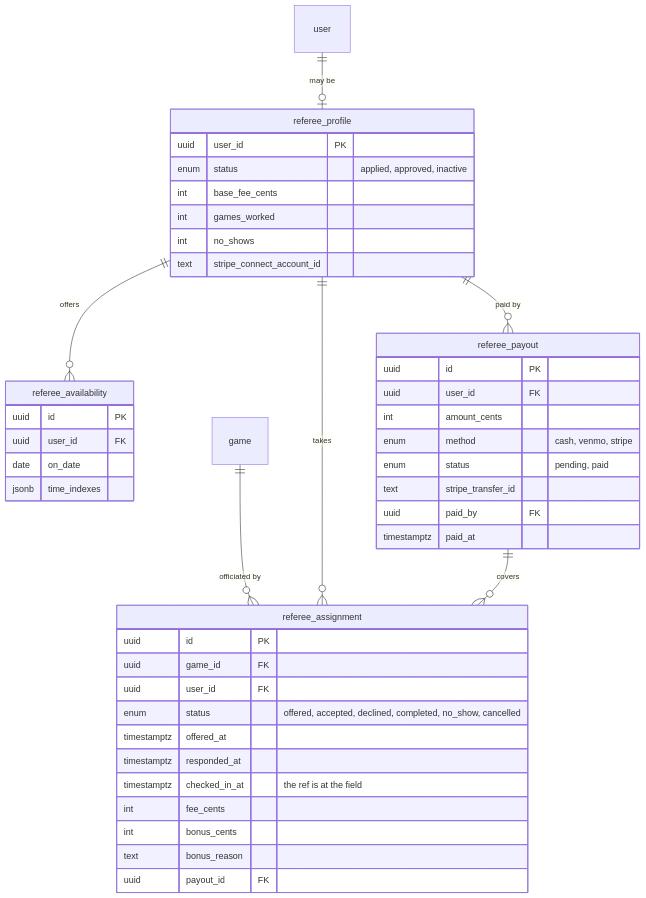
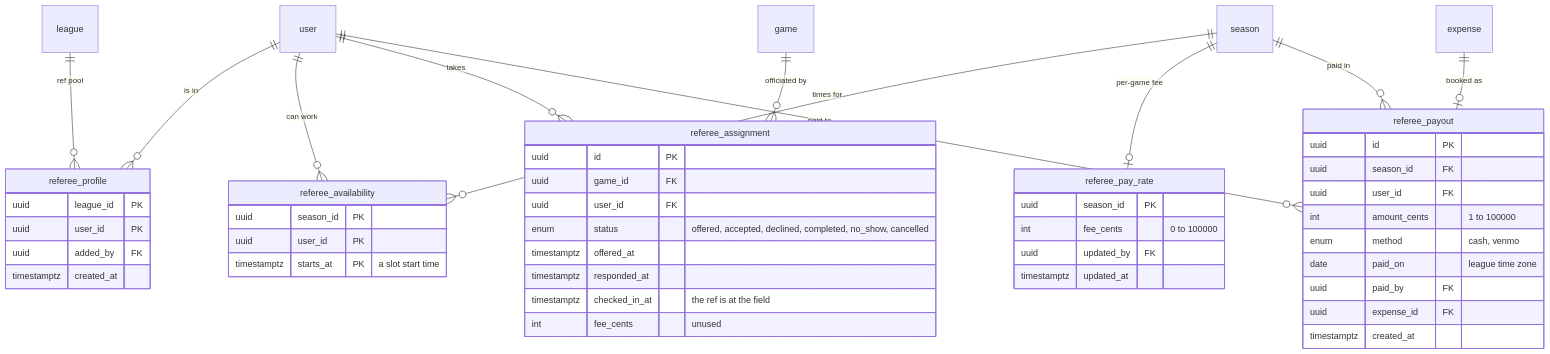
Before and after one commit to michael-fesselmeyer/kickball-league: the sixth of 12 diagrams in docs/data-model.md, drawn with Mermaid. The commit also changed other lines of this file and 6 other files, not shown here.

Commit message:
docs(referees): describe the ref assigner and pay sheet

````diff
--- a/docs/data-model.md
+++ b/docs/data-model.md
@@ -1343,47 +1343,52 @@
 ```mermaid
 erDiagram
-  user ||--o| referee_profile : "may be"
-  referee_profile ||--o{ referee_availability : offers
+  league ||--o{ referee_profile : "ref pool"
+  user ||--o{ referee_profile : "is in"
+  season ||--o{ referee_availability : "times for"
+  user ||--o{ referee_availability : "can work"
   game ||--o{ referee_assignment : "officiated by"
-  referee_profile ||--o{ referee_assignment : takes
-  referee_profile ||--o{ referee_payout : "paid by"
-  referee_payout ||--o{ referee_assignment : covers
+  user ||--o{ referee_assignment : takes
+  season ||--o| referee_pay_rate : "per-game fee"
+  season ||--o{ referee_payout : "paid in"
+  user ||--o{ referee_payout : "paid to"
+  expense ||--o| referee_payout : "booked as"
 
   referee_profile {
+    uuid league_id PK
     uuid user_id PK
-    enum status "applied, approved, inactive"
-    int base_fee_cents
-    int games_worked
-    int no_shows
-    text stripe_connect_account_id
+    uuid added_by FK
+    timestamptz created_at
   }
   referee_availability {
-    uuid id PK
-    uuid user_id FK
-    date on_date
-    jsonb time_indexes
+    uuid season_id PK
+    uuid user_id PK
+    timestamptz starts_at PK "a slot start time"
   }
   referee_assignment {
     uuid id PK
     uuid game_id FK
     uuid user_id FK
     enum status "offered, accepted, declined, completed, no_show, cancelled"
     timestamptz offered_at
     timestamptz responded_at
     timestamptz checked_in_at "the ref is at the field"
-    int fee_cents
-    int bonus_cents
-    text bonus_reason
-    uuid payout_id FK
+    int fee_cents "unused"
+  }
+  referee_pay_rate {
+    uuid season_id PK
+    int fee_cents "0 to 100000"
+    uuid updated_by FK
+    timestamptz updated_at
   }
   referee_payout {
     uuid id PK
+    uuid season_id FK
     uuid user_id FK
-    int amount_cents
-    enum method "cash, venmo, stripe"
-    enum status "pending, paid"
-    text stripe_transfer_id
+    int amount_cents "1 to 100000"
+    enum method "cash, venmo"
+    date paid_on "league time zone"
     uuid paid_by FK
-    timestamptz paid_at
+    uuid expense_id FK
+    timestamptz created_at
   }
 ```
````
